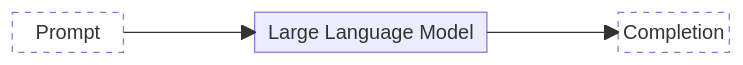
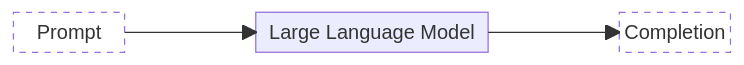
One commit to pve/hugo-site-dias changed the diagram in content/posts/digital-inf-ai.md. Above: the diagram before and after it, drawn with Mermaid. The commit also changed 25 other files, not shown here.

````diff
--- a/content/posts/digital-inf-ai.md
+++ b/content/posts/digital-inf-ai.md
@@ -17,11 +17,11 @@
 ```mermaid
 block-beta
 
-in space llm:2 space out
+space in space llm:2 space out space
 in["Prompt"] --> llm["Large Language Model"]
 llm--> out["Completion"]
 
 style in fill:#fff,color:#000,line:#000;stroke-width:0px,color:#000,stroke-dasharray: 5 5
 style out fill:#fff,color:#000,line:#000;stroke-width:0px,color:#000,stroke-dasharray: 5 5
    
 ```
````
